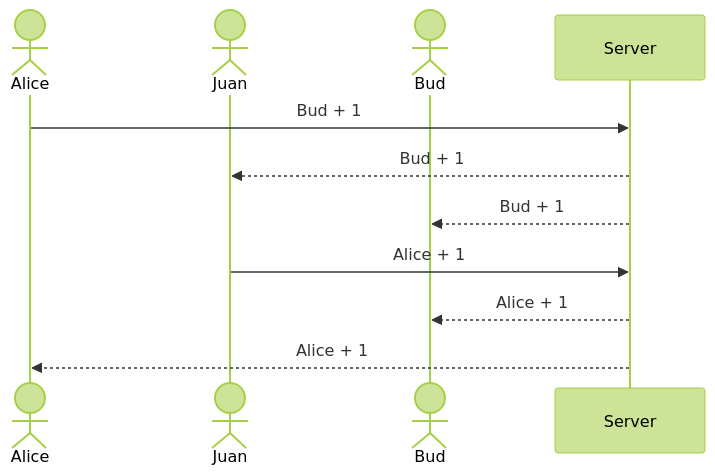
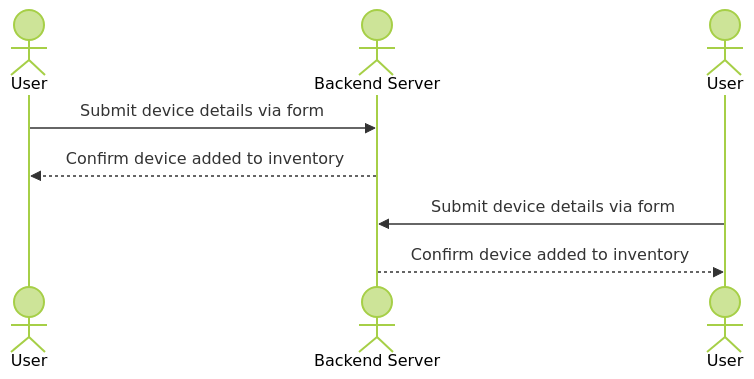
One commit to Tarotar30127/CS260 changed the diagram in README.md. Above: the diagram before and after it, drawn with Mermaid (forest theme). The commit also changed other lines of this file, not shown here.

````diff
--- a/README.md
+++ b/README.md
@@ -20,12 +25,10 @@
 ```mermaid
 sequenceDiagram
-    actor Alice
-    actor Juan
-    actor Bud
-    Alice->>Server: Bud + 1
-    Server -->>Juan: Bud + 1
-    Server -->>Bud: Bud + 1
-    Juan->>Server: Alice + 1
-    Server -->>Bud: Alice + 1
-    Server -->>Alice: Alice + 1
+    actor Alice as User
+    actor Server as Backend Server
+    Alice->>Server: Submit device details via form
+    Server-->>Alice: Confirm device added to inventory
+    actor Juan as User
+    Juan->>Server: Submit device details via form
+    Server-->>Juan: Confirm device added to inventory
 ```
````
